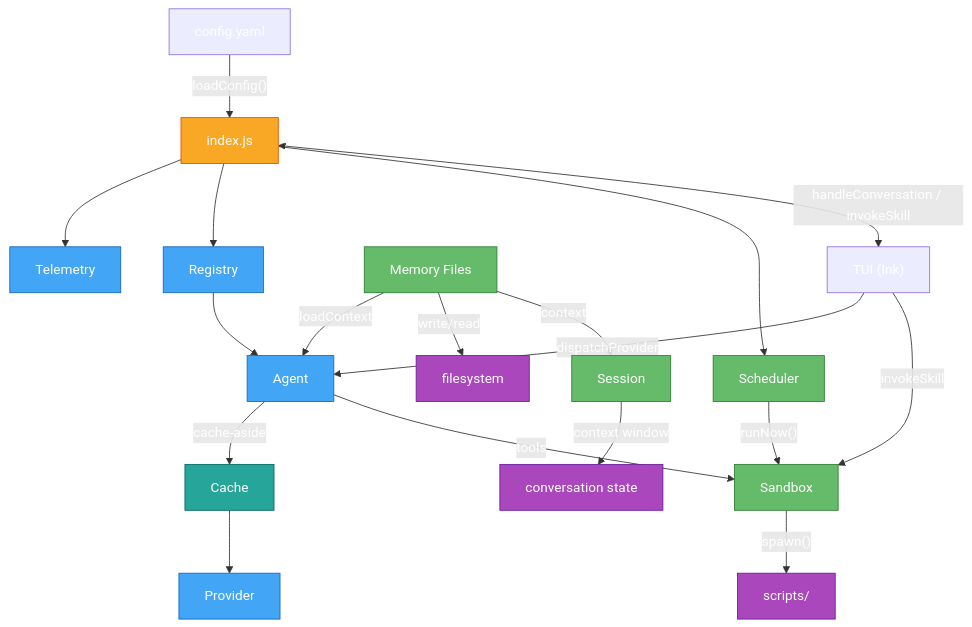
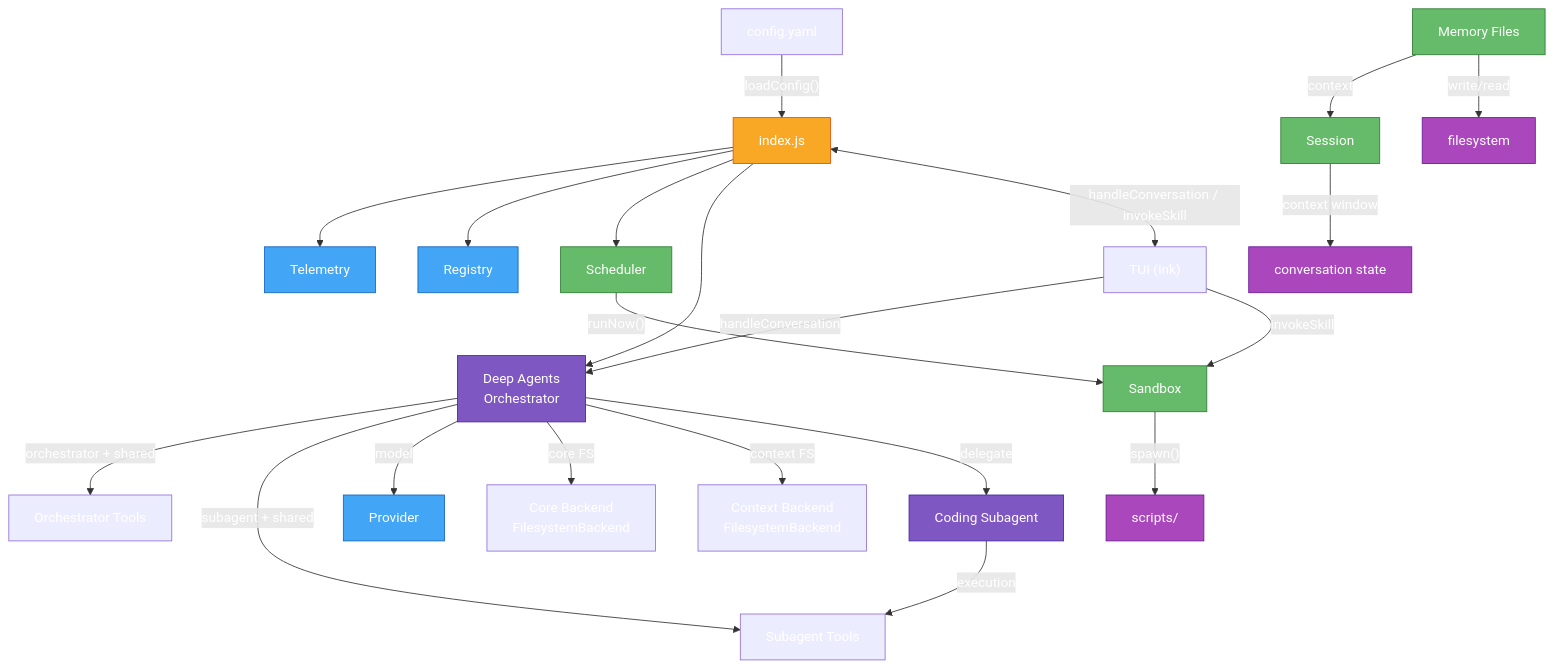
The diagram in docs/OVERVIEW.md (avoidwork/madz), drawn with Mermaid before and after one commit.

Commit message:
docs: update OVERVIEW.md architecture diagram (#518)

````diff
--- a/docs/OVERVIEW.md
+++ b/docs/OVERVIEW.md
@@ -9,30 +9,34 @@
 ```mermaid
 graph TD
     C["config.yaml"] -->|"loadConfig()"| I["index.js"]
     I --> T["Telemetry"]
     I --> R["Registry"]
     I --> S["Scheduler"]
-    R --> A["Agent"]
-    A -->|"cache-aside"| L["Cache"]
-    L --> P["Provider"]
-    A -->|"tools"| SB["Sandbox"]
-    S -->|"runNow()"| SB
+    I --> DA["Deep Agents\nOrchestrator"]
+    DA -->|"orchestrator + shared"| OT["Orchestrator Tools"]
+    DA -->|"subagent + shared"| ST["Subagent Tools"]
+    DA -->|"model"| P["Provider"]
+    DA -->|"core FS"| CB["Core Backend\nFilesystemBackend"]
+    DA -->|"context FS"| CTB["Context Backend\nFilesystemBackend"]
+    DA -->|"delegate"| SA["Coding Subagent"]
+    SA -->|"execution"| ST
+    S -->|"runNow()"| SB["Sandbox"]
     SB -->|"spawn()"| SK["scripts/"]
-    TM["Memory Files"] -->|"loadContext"| A
+    TM["Memory Files"] -->|"context"| SE["Session"]
+    SE -->|context window| CW["conversation state"]
     TM -->|write/read| FS["filesystem"]
-    TM -->|context| SE["Session"]
-    SE -->|context window| CW["conversation state"]
-    UI["TUI (Ink)"] -->|"dispatchProvider"| A
+    UI["TUI (Ink)"] -->|"handleConversation"| DA
     UI -->|"invokeSkill"| SB
     I <-->|handleConversation / invokeSkill| UI
     classDef root fill:#f9a825,color:#fff,stroke:#e65100
     classDef core fill:#42a5f5,color:#fff,stroke:#1565c0
     classDef util fill:#66bb6a,color:#fff,stroke:#2e7d32
     classDef ext fill:#ab47bc,color:#fff,stroke:#6a1b9a
     classDef cache fill:#26a69a,color:#fff,stroke:#00695c
+    classDef agent fill:#7e57c2,color:#fff,stroke:#4527a0
     class I root
-    class A,P,T,R core
-    class L cache
+    class DA,P,T,R core
+    class DA,SA agent
     class S,TM,SE,SB util
     class SK,CW,FS ext
 ```
````
